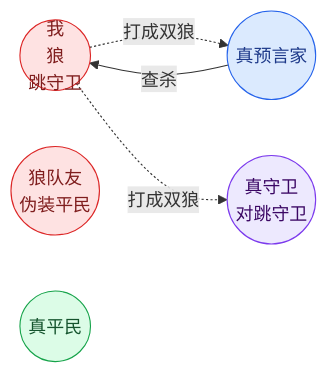
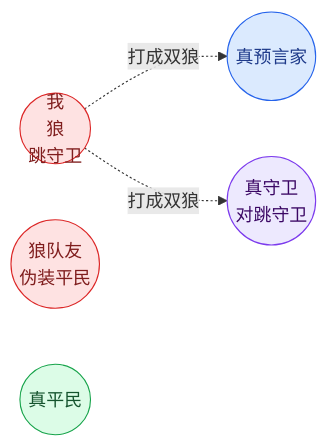
The first of 7 diagrams in draft/20260627-how-worlds-die-zh.md (lucybai-dev/lucybai-dev.github.io), drawn with Mermaid before and after one commit. The commit also changed other lines of this file, not shown here.

````diff
--- a/draft/20260627-how-worlds-die-zh.md
+++ b/draft/20260627-how-worlds-die-zh.md
@@ -27,17 +27,16 @@
 ```mermaid
 flowchart LR
   Me((我<br/>狼<br/>跳守卫)):::wolf
   Mate((狼队友<br/>伪装平民)):::wolf
   Seer((真预言家)):::good
   Guard((真守卫<br/>对跳守卫)):::god
   Villager((真平民)):::villager
 
-  Seer -- 查杀 --> Me
   Me -. 打成双狼 .-> Seer
   Me -. 打成双狼 .-> Guard
 
   classDef wolf fill:#fee2e2,stroke:#dc2626,color:#7f1d1d;
   classDef good fill:#dbeafe,stroke:#2563eb,color:#1e3a8a;
   classDef god fill:#ede9fe,stroke:#7c3aed,color:#3b0764;
   classDef villager fill:#dcfce7,stroke:#16a34a,color:#14532d;
 ```
````
